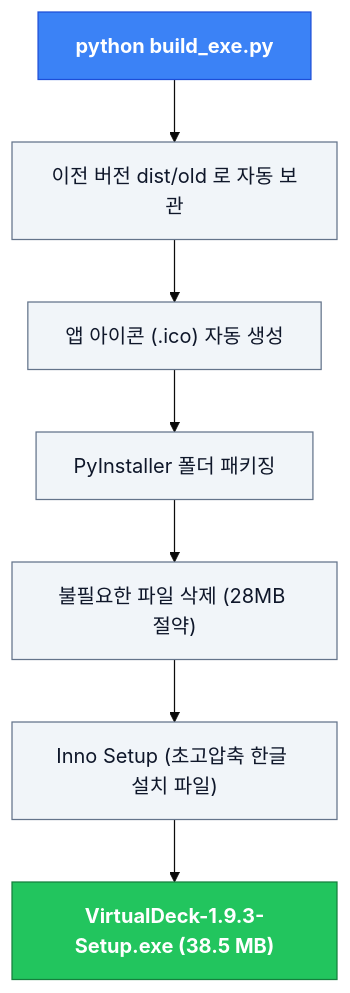
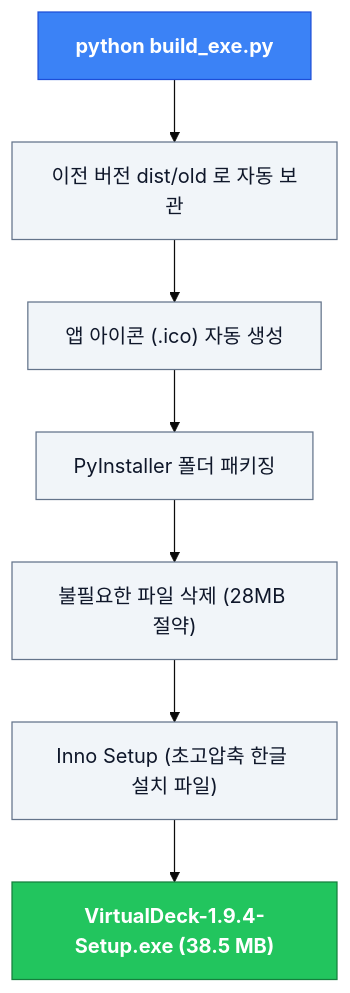
One commit to sh11025/Virtual_Deck changed the seventh of 7 diagrams in README.md. Above: the diagram before and after it, drawn with Mermaid (base theme). The commit also changed other lines of this file and 8 other files, not shown here.

````diff
--- a/README.md
+++ b/README.md
@@ -343,13 +343,13 @@
 ```mermaid
 flowchart TD
     classDef head fill:#3b82f6,stroke:#1d4ed8,color:#ffffff,font-weight:bold;
     classDef box fill:#f1f5f9,stroke:#64748b,color:#0f172a;
     classDef done fill:#22c55e,stroke:#15803d,color:#ffffff,font-weight:bold;
 
     A["python build_exe.py"]:::head --> B["이전 버전 dist/old 로 자동 보관"]:::box
     B --> C["앱 아이콘 (.ico) 자동 생성"]:::box
     C --> D["PyInstaller 폴더 패키징"]:::box
     D --> E["불필요한 파일 삭제 (28MB 절약)"]:::box
     E --> F["Inno Setup (초고압축 한글 설치 파일)"]:::box
-    F --> G["VirtualDeck-1.9.3-Setup.exe (38.5 MB)"]:::done
+    F --> G["VirtualDeck-1.9.4-Setup.exe (38.5 MB)"]:::done
 ```
````
